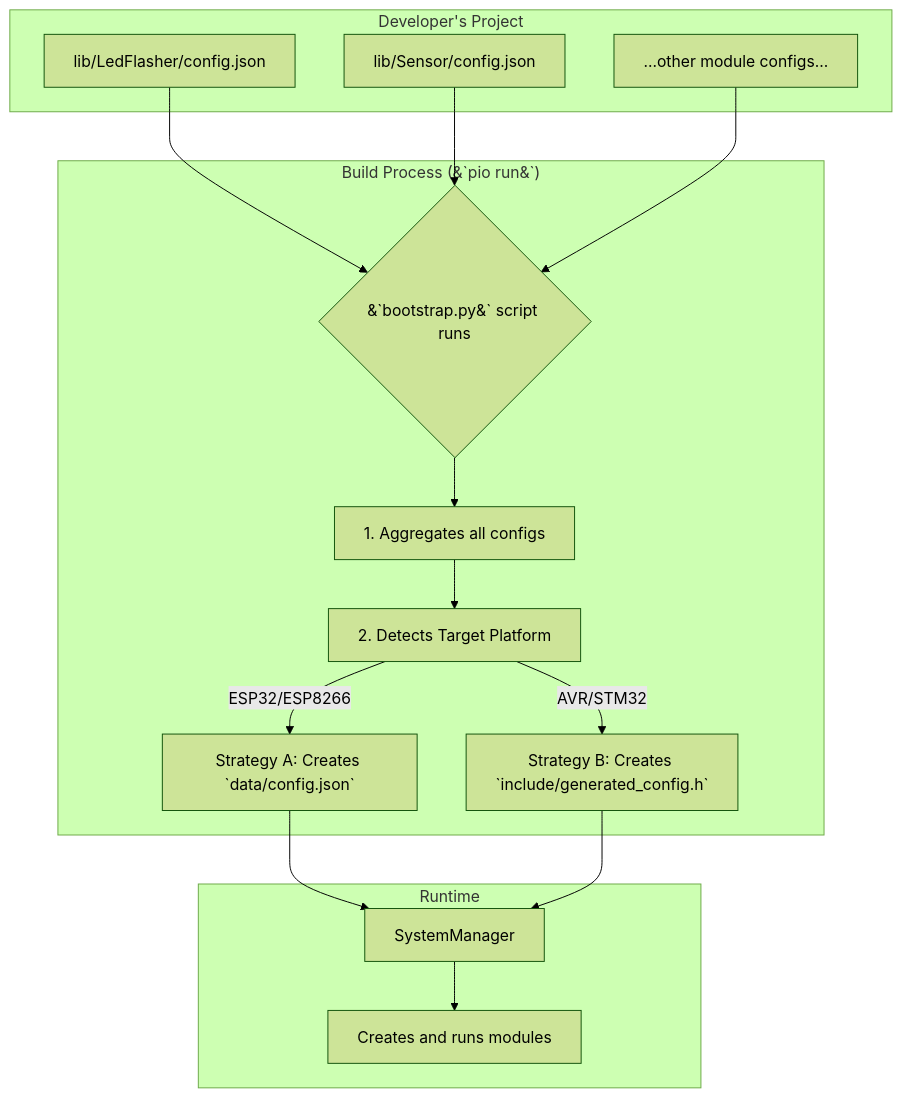
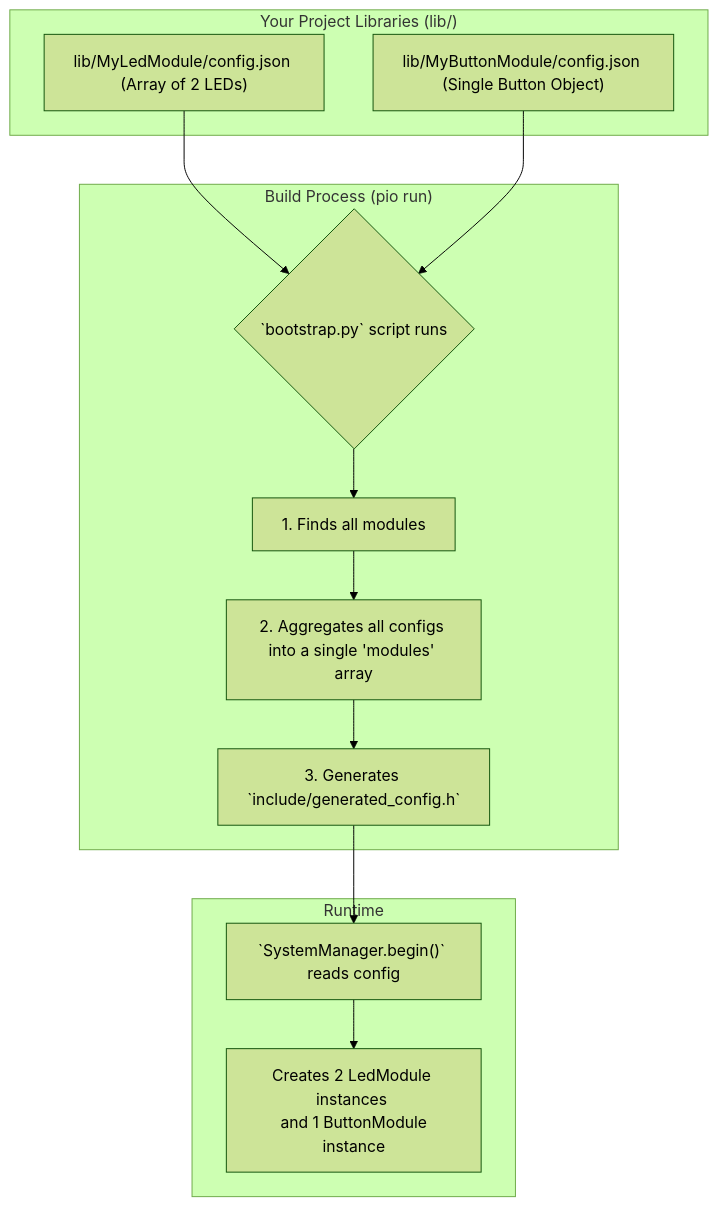
Before and after one commit to magradze/Nextino: the diagram in docs/03-core-concepts/configuration-system.md, drawn with Mermaid (forest theme). The commit also changed other lines of this file and 3 other files, not shown here.

First line of the commit message:
docs: Update core guides for multiple-instance architecture

````diff
--- a/docs/03-core-concepts/configuration-system.md
+++ b/docs/03-core-concepts/configuration-system.md
@@ -31,26 +34,22 @@
 ```mermaid
 graph TD
-    subgraph "Developer's Project"
-        A["lib/LedFlasher/config.json"]
-        B["lib/Sensor/config.json"]
-        C["...other module configs..."]
+    subgraph "Your Project Libraries (lib/)"
+        A["lib/MyLedModule/config.json <br/>(Array of 2 LEDs)"]
+        B["lib/MyButtonModule/config.json <br/>(Single Button Object)"]
     end
 
-    subgraph "Build Process (&#96;pio run&#96;)"
-        D{"&#96;bootstrap.py&#96; script runs"}
-        A --> D
-        B --> D
-        C --> D
-        D --> E["1. Aggregates all configs"]
-        E --> F["2. Detects Target Platform"]
-        F -- "ESP32/ESP8266" --> G["Strategy A: Creates `data/config.json`"]
-        F -- "AVR/STM32" --> H["Strategy B: Creates `include/generated_config.h`"]
+    subgraph "Build Process (pio run)"
+        C{"#96;bootstrap.py#96; script runs"}
+        A --> C
+        B --> C
+        C --> D["1. Finds all modules"]
+        D --> E["2. Aggregates all configs <br/>into a single 'modules' array"]
+        E --> F["3. Generates #96;include/generated_config.h#96;"]
     end
-
-    subgraph Runtime
-        I[SystemManager]
-        G --> I
-        H --> I
-        I --> J["Creates and runs modules"]
+    
+    subgraph "Runtime"
+        G["#96;SystemManager.begin()#96; reads config"]
+        F --> G
+        G --> H["Creates 2 LedModule instances <br/> and 1 ButtonModule instance"]
     end
 ```
````
